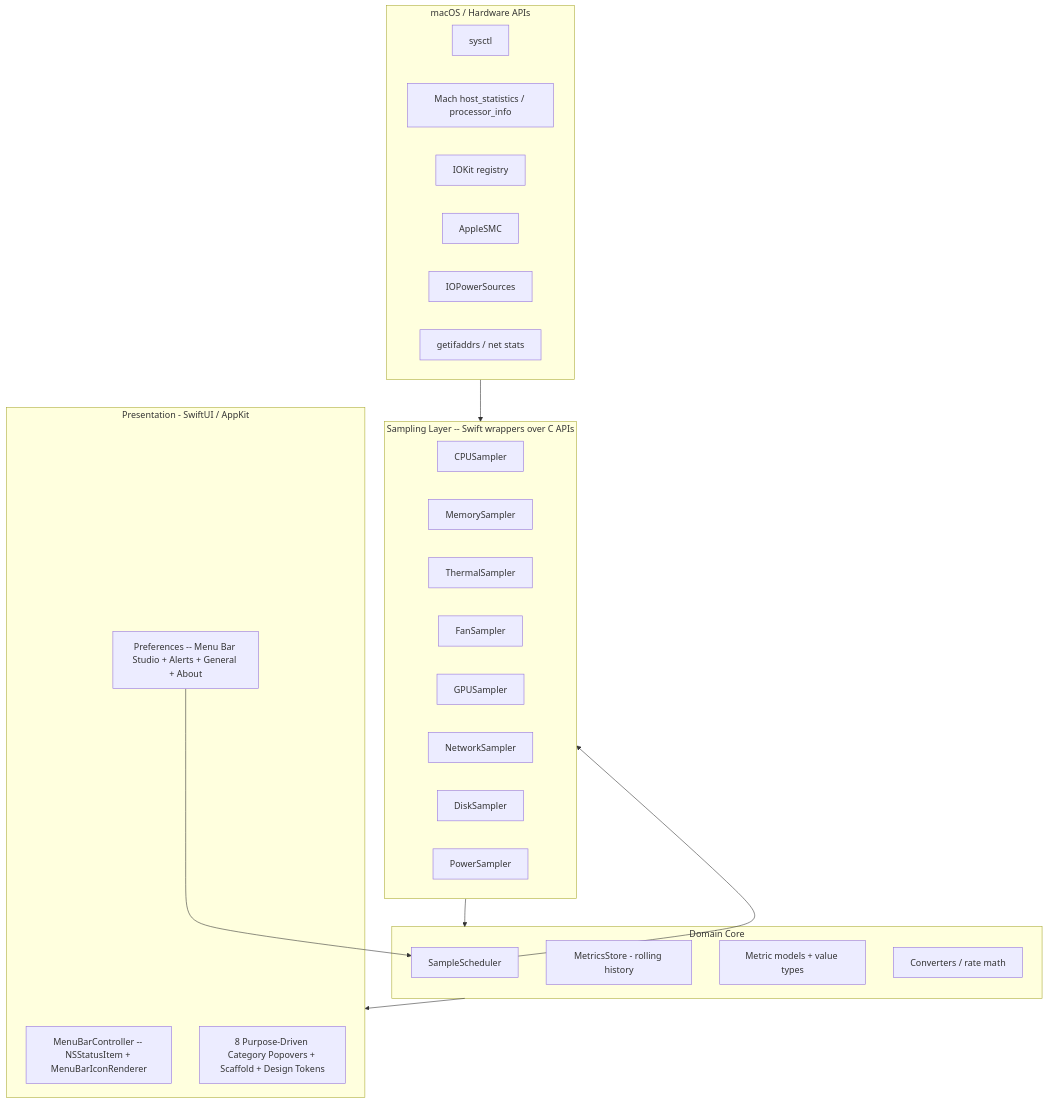
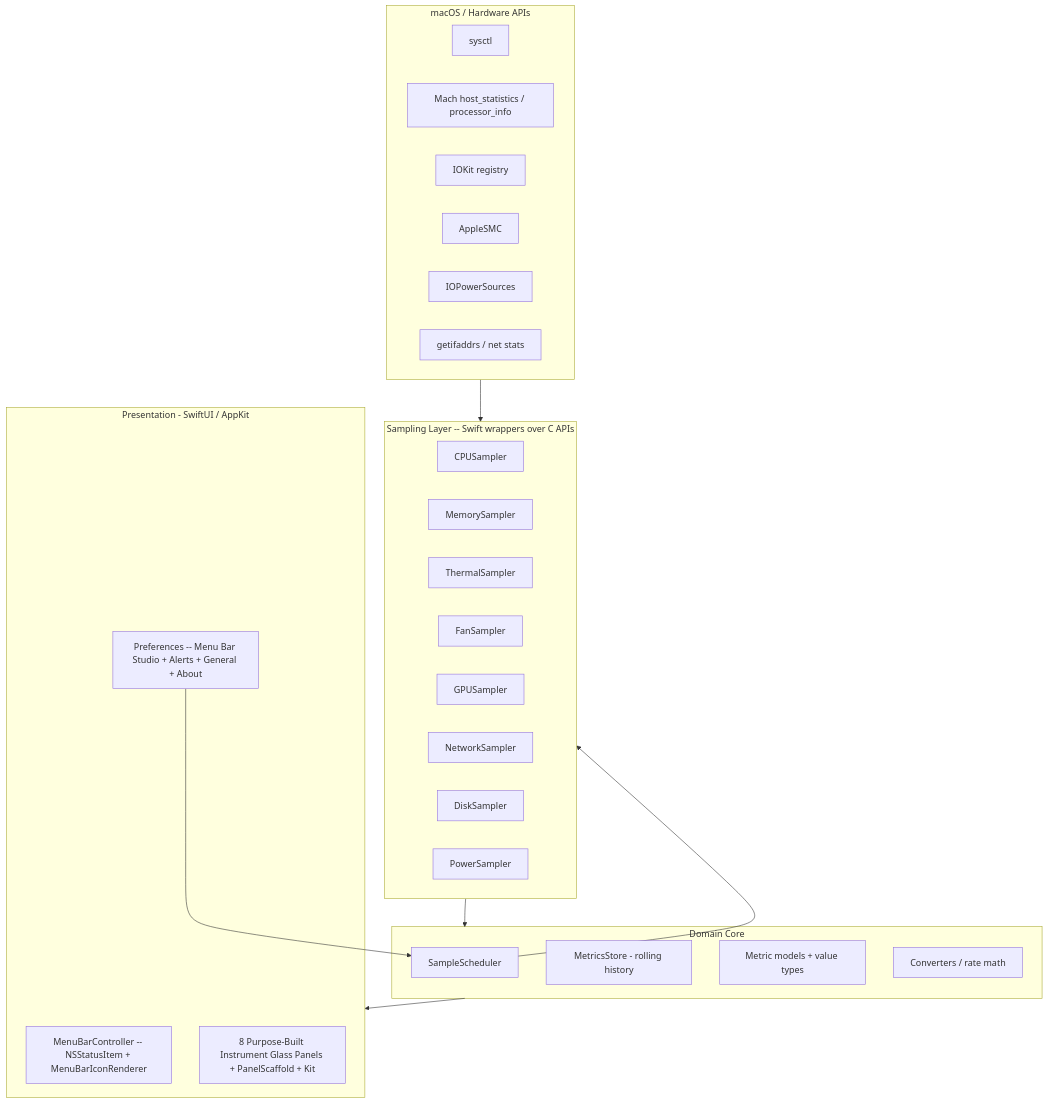
Before and after one commit to cubewin07/iStats: the diagram in docs/specs/design.md, drawn with Mermaid. The commit also changed other lines of this file and 49 other files, not shown here.

````diff
--- a/docs/specs/design.md
+++ b/docs/specs/design.md
@@ -19,39 +19,39 @@
 ```mermaid
 flowchart TD
     subgraph HW[macOS / Hardware APIs]
         SYSCTL[sysctl]
         MACH[Mach host_statistics / processor_info]
         IOKIT[IOKit registry]
         SMC[AppleSMC]
         IOPS[IOPowerSources]
         NET[getifaddrs / net stats]
     end
 
     subgraph Sampling[Sampling Layer  -- Swift wrappers over C APIs]
         CPUS[CPUSampler]
         MEMS[MemorySampler]
         THERMS[ThermalSampler]
         FANS[FanSampler]
         GPUS[GPUSampler]
         NETS[NetworkSampler]
         DISKS[DiskSampler]
         BATS[PowerSampler]
     end
 
     subgraph Core[Domain Core]
         SCHED[SampleScheduler]
         STORE[MetricsStore - rolling history]
         MODEL[Metric models + value types]
         CONV[Converters / rate math]
     end
 
     subgraph UI[Presentation - SwiftUI / AppKit]
         MENUBAR[MenuBarController -- NSStatusItem + MenuBarIconRenderer]
-        POPOVER[8 Purpose-Driven Category Popovers + Scaffold + Design Tokens]
+        PANELS[8 Purpose-Built Instrument Glass Panels + PanelScaffold + Kit]
         PREFS[Preferences -- Menu Bar Studio + Alerts + General + About]
     end
 
     HW --> Sampling --> Core --> UI
     SCHED --> Sampling
     PREFS --> SCHED
 ```
````
